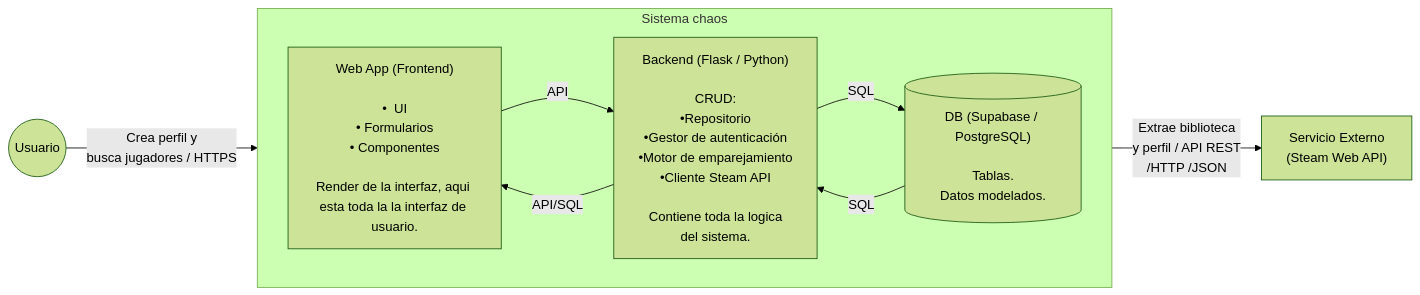
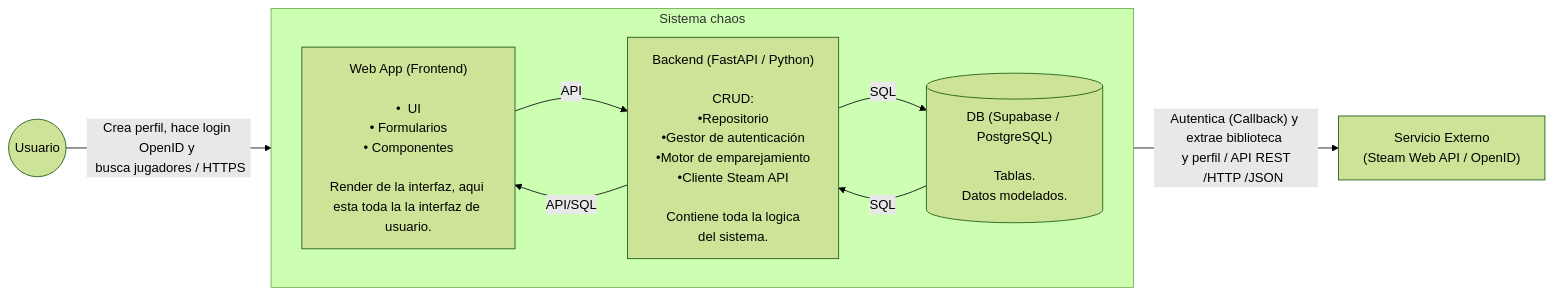
The first of 2 diagrams in docs/02-diseno-sistema/vision-general.qmd (SE-7003-2027/Softwarecitoz), drawn with Mermaid (forest theme) before and after one commit. The commit also changed other lines of this file, not shown here.

````diff
--- a/docs/02-diseno-sistema/vision-general.qmd
+++ b/docs/02-diseno-sistema/vision-general.qmd
@@ -7,35 +7,35 @@
 ```{mermaid}
 flowchart LR
     
     Usuario((Usuario)):::actor
 
     subgraph chaos [Sistema chaos]
         direction LR
         WebApp["Web App (Frontend)\n\n•  UI\n• Formularios\n• Componentes
 
 Render de la interfaz, aqui esta toda la la interfaz de usuario. "]:::container
         
-        Backend["Backend (Flask / Python)\n\n CRUD: 
+        Backend["Backend (FastAPI / Python)\n\n CRUD: 
         •Repositorio
         •Gestor de autenticación
         •Motor de emparejamiento
         •Cliente Steam API
         
         Contiene toda la logica 
         del sistema. "]:::container
         
         DB[("DB (Supabase / PostgreSQL)\n\nTablas.\nDatos modelados.")]:::container
         
         WebApp -- "API" --> Backend
         Backend -- "SQL" --> DB
         DB -- "SQL" --> Backend 
         Backend -- "API/SQL" --> WebApp
     end
 
-    Steam["Servicio Externo\n(Steam Web API)"]:::external
+    Steam["Servicio Externo\n(Steam Web API / OpenID)"]:::external
 
-    Usuario -- "Crea perfil y\n busca jugadores / HTTPS" --> WebApp
-    Backend -- "Extrae biblioteca\ny perfil / API REST 
+    Usuario -- "Crea perfil, hace login OpenID y \n busca jugadores / HTTPS" --> WebApp
+    Backend -- "Autentica (Callback) y extrae biblioteca \n y perfil / API REST 
     /HTTP /JSON" --> Steam
     
 ```
````
